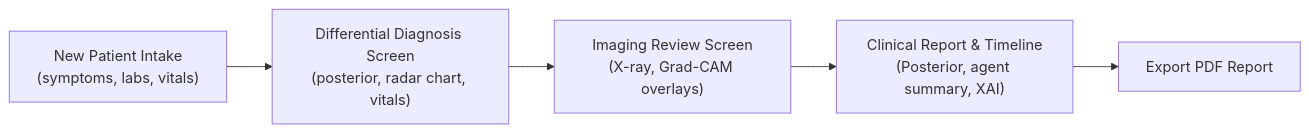
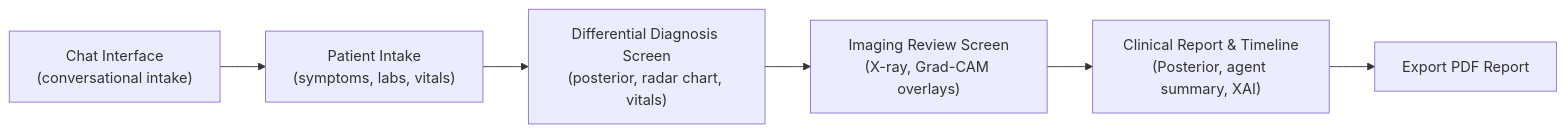
The second of 4 diagrams in README.md (anaslari23/Multi-Modal-Health-AI-Agent-Guide), drawn with Mermaid before and after one commit. The commit also changed other lines of this file and 178 other files, not shown here.

````diff
--- a/README.md
+++ b/README.md
@@ -45,7 +57,8 @@
 ```mermaid
 flowchart LR
-    Intake["New Patient Intake\n(symptoms, labs, vitals)"] --> DDX["Differential Diagnosis Screen\n(posterior, radar chart, vitals)"]
+    Chat["Chat Interface\n(conversational intake)"] --> Intake["Patient Intake\n(symptoms, labs, vitals)"]
+    Intake --> DDX["Differential Diagnosis Screen\n(posterior, radar chart, vitals)"]
     DDX --> Imaging["Imaging Review Screen\n(X-ray, Grad-CAM overlays)"]
     Imaging --> Report["Clinical Report & Timeline\n(Posterior, agent summary, XAI)"]
     Report --> Export["Export PDF Report"]
 ```
````
